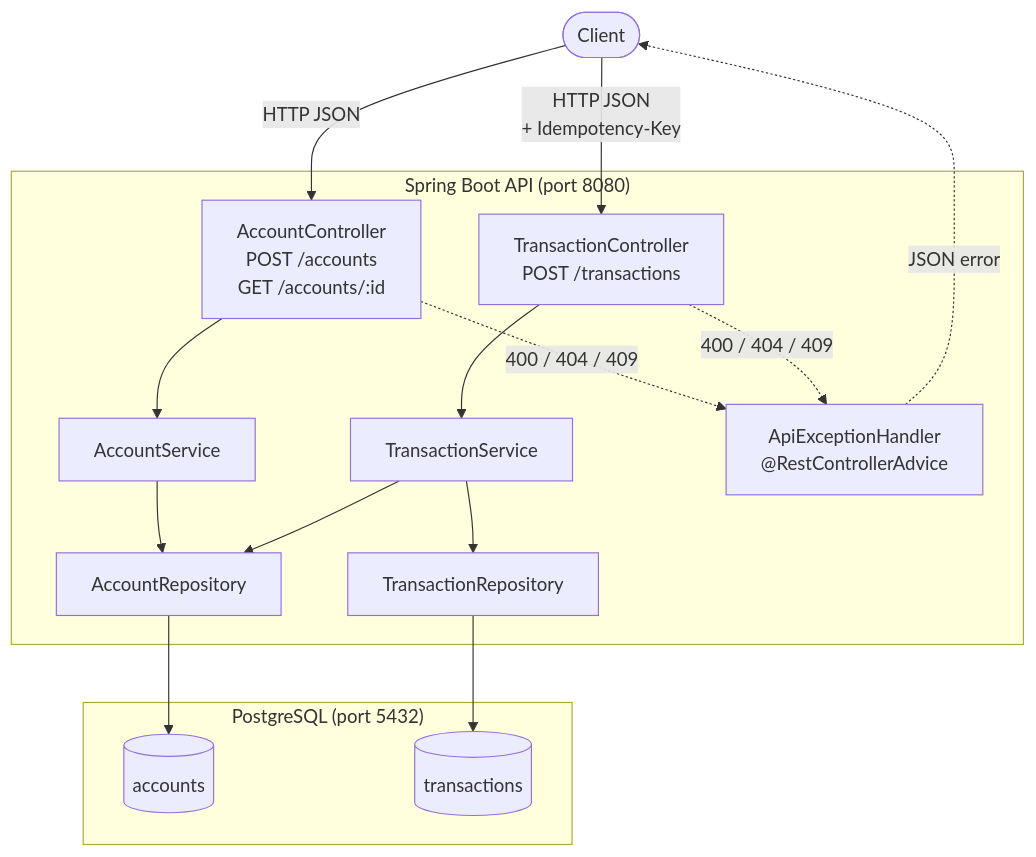
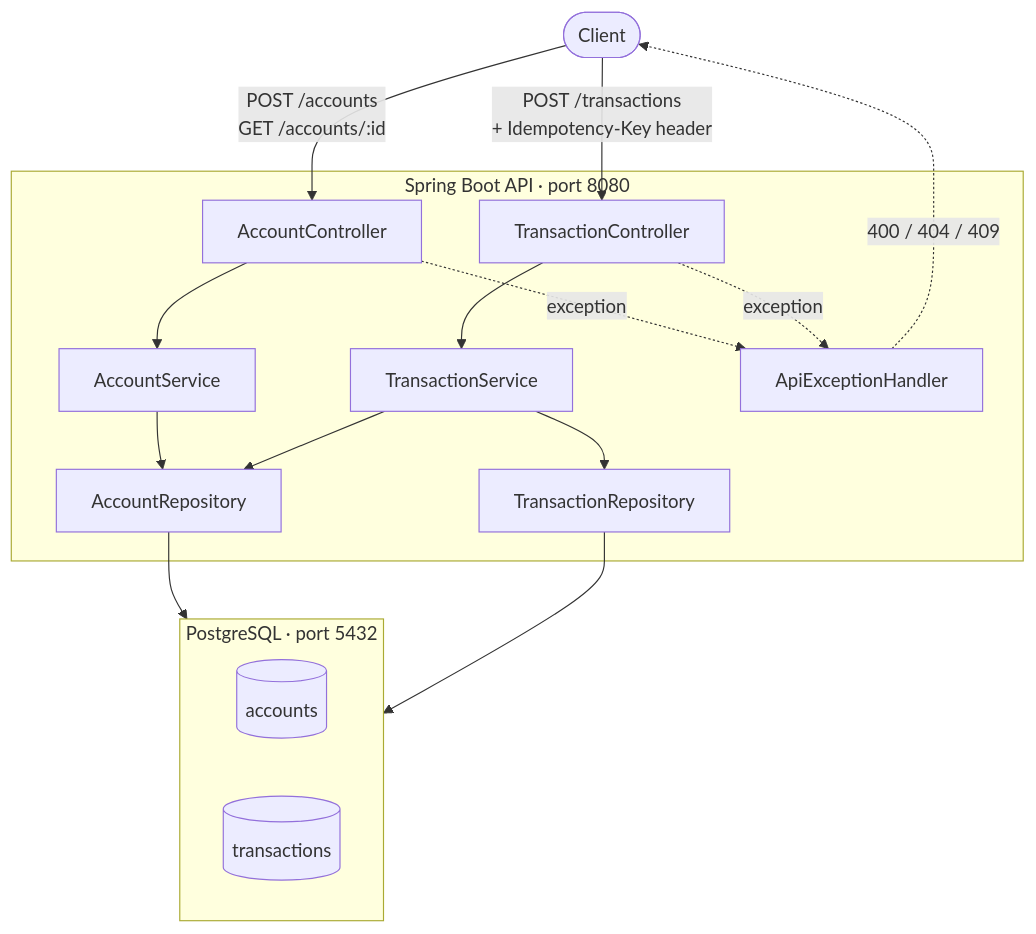
Before and after one commit to mensonones/transaction-api: the diagram in README.md, drawn with Mermaid.

Commit message:
docs: improve architecture diagram layout

````diff
--- a/README.md
+++ b/README.md
@@ -9,28 +9,32 @@
 ```mermaid
 flowchart TD
     Client(["Client"])
 
-    subgraph API ["Spring Boot API (port 8080)"]
-        AC["AccountController\nPOST /accounts\nGET /accounts/:id"]
-        TC["TransactionController\nPOST /transactions"]
+    Client -->|"POST /accounts\nGET /accounts/:id"| AC
+    Client -->|"POST /transactions\n+ Idempotency-Key header"| TC
+
+    subgraph API ["Spring Boot API · port 8080"]
+        AC["AccountController"]
+        TC["TransactionController"]
         AS["AccountService"]
         TS["TransactionService"]
         AR["AccountRepository"]
         TR["TransactionRepository"]
-        EH["ApiExceptionHandler\n@RestControllerAdvice"]
+        EH["ApiExceptionHandler"]
+
+        AC --> AS --> AR
+        TC --> TS --> TR
+        TS --> AR
+        AC & TC -.->|"exception"| EH
     end
 
-    subgraph DB ["PostgreSQL (port 5432)"]
+    subgraph DB ["PostgreSQL · port 5432"]
+        direction LR
         AT[("accounts")]
         TT[("transactions")]
     end
 
-    Client -->|"HTTP JSON"| AC
-    Client -->|"HTTP JSON\n+ Idempotency-Key"| TC
-    AC --> AS --> AR --> AT
-    TC --> TS --> TR --> TT
-    TS --> AR
-    AC -.->|"400 / 404 / 409"| EH
-    TC -.->|"400 / 404 / 409"| EH
-    EH -.->|"JSON error"| Client
+    AR --> AT
+    TR --> TT
+    EH -.->|"400 / 404 / 409"| Client
 ```
````
